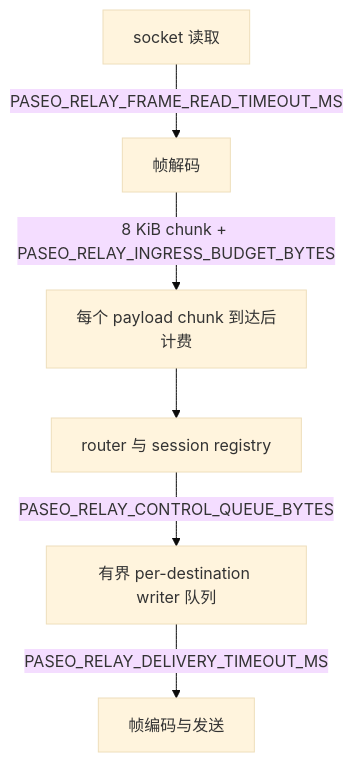
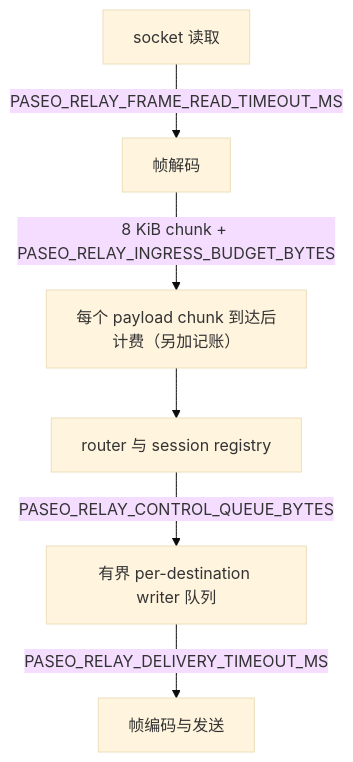
Before and after one commit to kfxhjz/paseo-relay: the diagram in docs/zh-CN/configuration.md, drawn with Mermaid (base theme). The commit also changed other lines of this file and 22 other files, not shown here.

````diff
--- a/docs/zh-CN/configuration.md
+++ b/docs/zh-CN/configuration.md
@@ -50,8 +50,8 @@
 ```mermaid
 flowchart TD
   A["socket 读取"] -->|"PASEO_RELAY_FRAME_READ_TIMEOUT_MS"| B["帧解码"]
-  B -->|"8 KiB chunk + PASEO_RELAY_INGRESS_BUDGET_BYTES"| C["每个 payload chunk 到达后计费"]
+  B -->|"8 KiB chunk + PASEO_RELAY_INGRESS_BUDGET_BYTES"| C["每个 payload chunk 到达后计费（另加记账）"]
   C --> D["router 与 session registry"]
   D -->|"PASEO_RELAY_CONTROL_QUEUE_BYTES"| E["有界 per-destination writer 队列"]
   E -->|"PASEO_RELAY_DELIVERY_TIMEOUT_MS"| F["帧编码与发送"]
 ```
````
